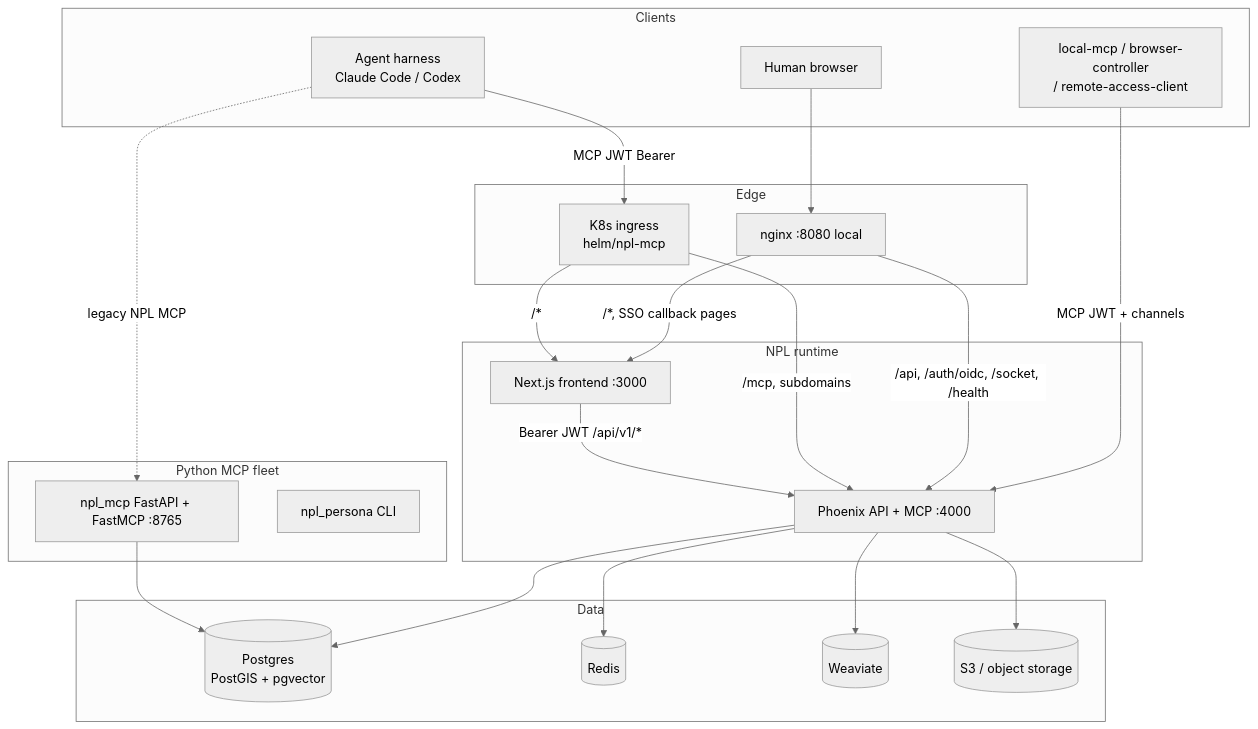
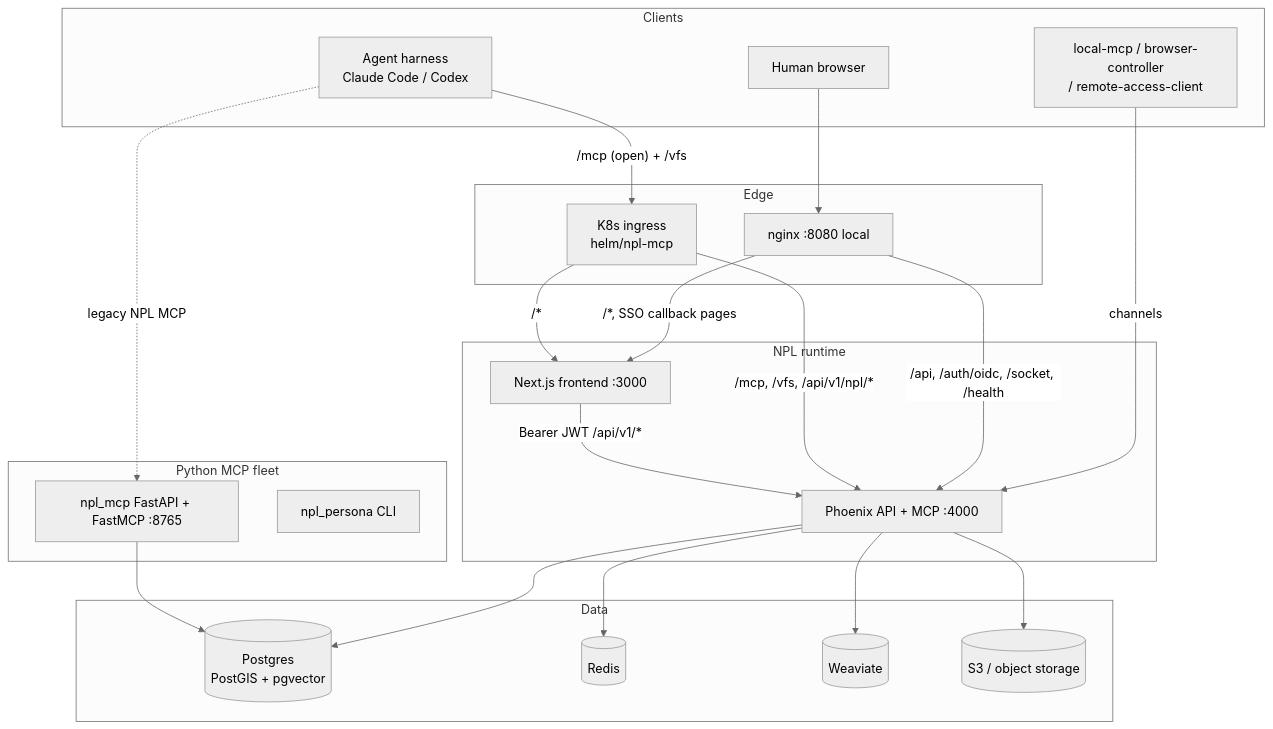
Before and after one commit to noizu-labs-ml/NoizuPromptLingo: the first of 3 diagrams in docs/PROJ-ARCH.md, drawn with Mermaid (neutral theme). The commit also changed other lines of this file and 8 other files, not shown here.

Commit message:
docs: refresh layout/schema/arch + add threat model (2026-10-07 fleet sweep)

````diff
--- a/docs/PROJ-ARCH.md
+++ b/docs/PROJ-ARCH.md
@@ -20,45 +20,45 @@
 ```mermaid
 graph TB
   subgraph Clients
     Browser[Human browser]
     Harness[Agent harness<br/>Claude Code / Codex]
     LocalTools[local-mcp / browser-controller<br/>/ remote-access-client]
   end
 
   subgraph Edge
     Nginx[nginx :8080 local]
     Ingress[K8s ingress<br/>helm/npl-mcp]
   end
 
   subgraph "NPL runtime"
     FE[Next.js frontend :3000]
     BE[Phoenix API + MCP :4000]
   end
 
   subgraph "Python MCP fleet"
     PY[npl_mcp FastAPI + FastMCP :8765]
     PERSONA[npl_persona CLI]
   end
 
   subgraph Data
     PG[(Postgres<br/>PostGIS + pgvector)]
     Redis[(Redis)]
     WV[(Weaviate)]
     S3[(S3 / object storage)]
   end
 
   Browser --> Nginx
-  Harness -->|MCP JWT Bearer| Ingress
-  LocalTools -->|MCP JWT + channels| BE
+  Harness -->|"/mcp (open) + /vfs"| Ingress
+  LocalTools -->|channels| BE
   Nginx -->|"/api, /auth/oidc, /socket, /health"| BE
   Nginx -->|"/*, SSO callback pages"| FE
-  Ingress -->|/mcp, subdomains| BE
+  Ingress -->|"/mcp, /vfs, /api/v1/npl/*"| BE
   Ingress -->|/*| FE
   FE -->|Bearer JWT /api/v1/*| BE
   BE --> PG
   BE --> Redis
   BE --> WV
   BE --> S3
   PY --> PG
   Harness -.->|legacy NPL MCP| PY
 ```
````
